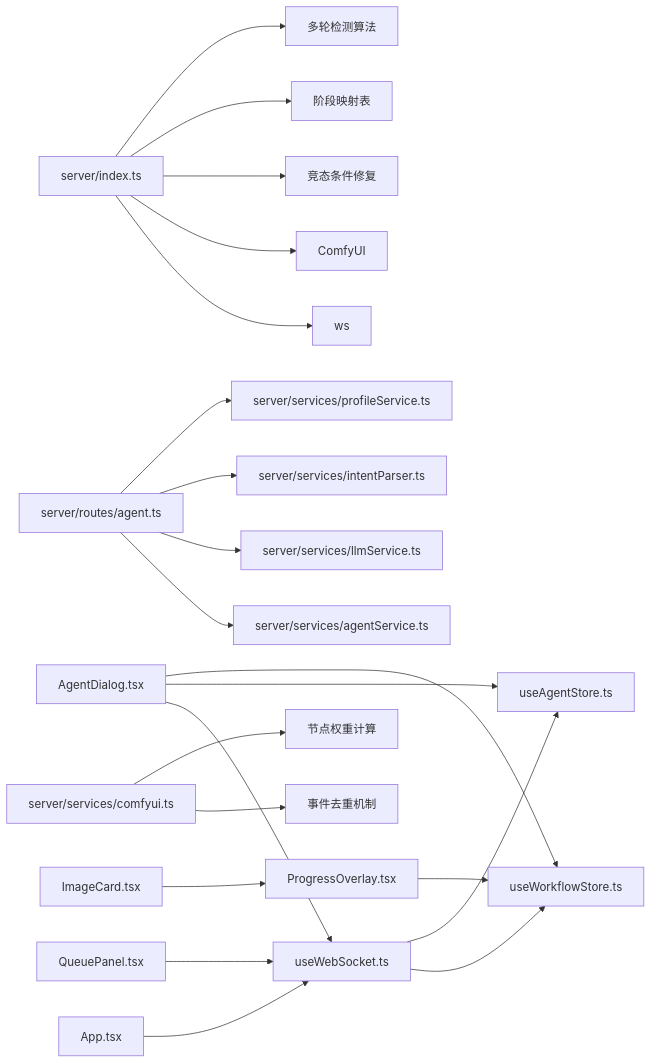
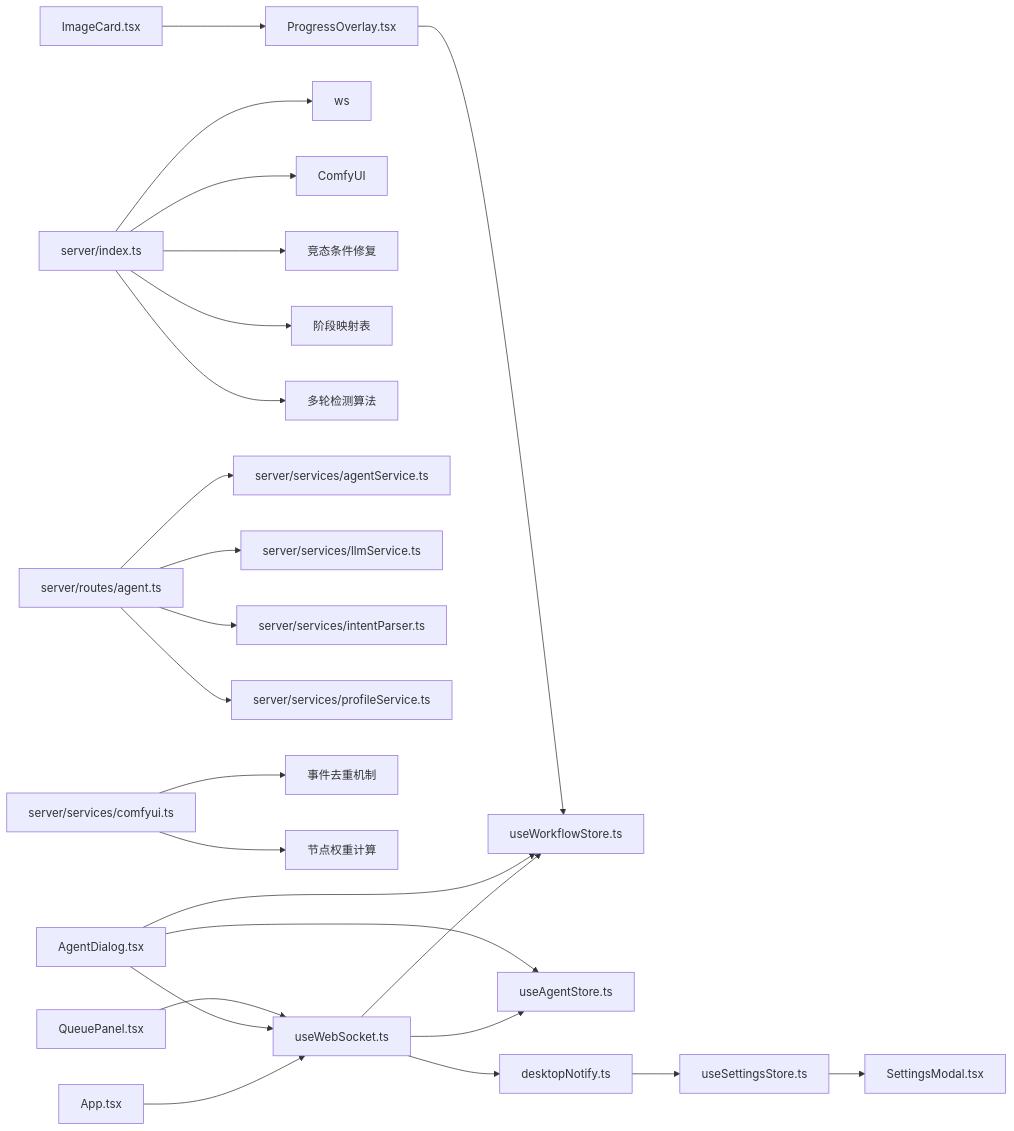
Diagram 16 of 16 in .qoder/repowiki/zh/content/前端应用/WebSocket 通信.md (billye220670/CorineKit_Pix2Real), drawn with Mermaid before and after one commit. The commit also changed other lines of this file and 13 other files, not shown here.

````diff
--- a/.qoder/repowiki/zh/content/前端应用/WebSocket 通信.md
+++ b/.qoder/repowiki/zh/content/前端应用/WebSocket 通信.md
@@ -591,23 +711,26 @@
 ```mermaid
 graph LR
 App["App.tsx"] --> Hook["useWebSocket.ts"]
 Hook --> WFStore["useWorkflowStore.ts"]
 Hook --> AgentStore["useAgentStore.ts"]
+Hook --> DesktopNotify["desktopNotify.ts"]
 AgentDialog["AgentDialog.tsx"] --> Hook
 AgentDialog --> AgentStore
 AgentDialog --> WFStore
 QueuePanel["QueuePanel.tsx"] --> Hook
+DesktopNotify --> SettingsStore["useSettingsStore.ts"]
+SettingsStore --> SettingsModal["SettingsModal.tsx"]
 Server["server/index.ts"] --> WS["ws"]
 Server --> Comfy["ComfyUI"]
 Server --> RaceFix["竞态条件修复"]
 Server --> StageMap["阶段映射表"]
 Server --> MultiRound["多轮检测算法"]
 AgentRoute["server/routes/agent.ts"] --> AgentService["server/services/agentService.ts"]
 AgentRoute --> LLM["server/services/llmService.ts"]
 AgentRoute --> Intent["server/services/intentParser.ts"]
 AgentRoute --> Profile["server/services/profileService.ts"]
 ComfyService["server/services/comfyui.ts"] --> EventDedup["事件去重机制"]
 ComfyService --> NodeWeight["节点权重计算"]
 ProgressOverlay["ProgressOverlay.tsx"] --> WFStore
 ImageCard["ImageCard.tsx"] --> ProgressOverlay
 ```
````
